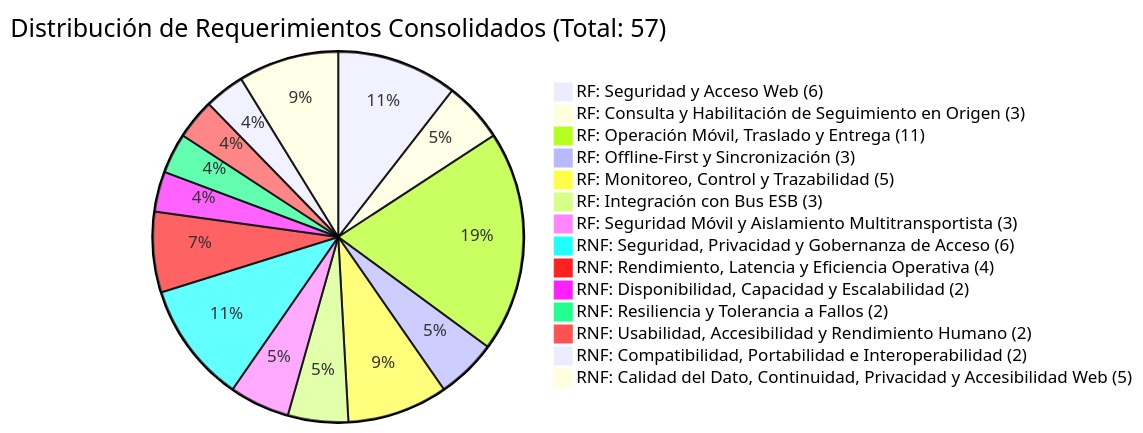
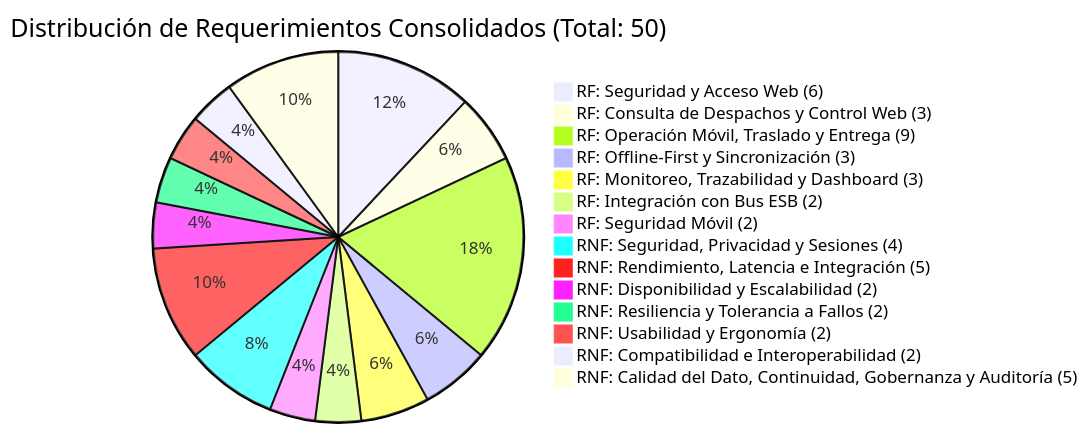
The diagram in Matriz/01_MATRIZ_DE_REQUERIMIENTOS.md (SaraviaH/arq-emp), drawn with Mermaid before and after one commit. The commit also changed other lines of this file and 49 other files, not shown here.

````diff
--- a/Matriz/01_MATRIZ_DE_REQUERIMIENTOS.md
+++ b/Matriz/01_MATRIZ_DE_REQUERIMIENTOS.md
@@ -101,17 +94,17 @@
 ```mermaid
-pie title Distribución de Requerimientos Consolidados (Total: 57)
+pie title Distribución de Requerimientos Consolidados (Total: 50)
     "RF: Seguridad y Acceso Web (6)" : 6
-    "RF: Consulta y Habilitación de Seguimiento en Origen (3)" : 3
-    "RF: Operación Móvil, Traslado y Entrega (11)" : 11
+    "RF: Consulta de Despachos y Control Web (3)" : 3
+    "RF: Operación Móvil, Traslado y Entrega (9)" : 9
     "RF: Offline-First y Sincronización (3)" : 3
-    "RF: Monitoreo, Control y Trazabilidad (5)" : 5
-    "RF: Integración con Bus ESB (3)" : 3
-    "RF: Seguridad Móvil y Aislamiento Multitransportista (3)" : 3
-    "RNF: Seguridad, Privacidad y Gobernanza de Acceso (6)" : 6
-    "RNF: Rendimiento, Latencia y Eficiencia Operativa (4)" : 4
-    "RNF: Disponibilidad, Capacidad y Escalabilidad (2)" : 2
+    "RF: Monitoreo, Trazabilidad y Dashboard (3)" : 3
+    "RF: Integración con Bus ESB (2)" : 2
+    "RF: Seguridad Móvil (2)" : 2
+    "RNF: Seguridad, Privacidad y Sesiones (4)" : 4
+    "RNF: Rendimiento, Latencia e Integración (5)" : 5
+    "RNF: Disponibilidad y Escalabilidad (2)" : 2
     "RNF: Resiliencia y Tolerancia a Fallos (2)" : 2
-    "RNF: Usabilidad, Accesibilidad y Rendimiento Humano (2)" : 2
-    "RNF: Compatibilidad, Portabilidad e Interoperabilidad (2)" : 2
-    "RNF: Calidad del Dato, Continuidad, Privacidad y Accesibilidad Web (5)" : 5
+    "RNF: Usabilidad y Ergonomía (2)" : 2
+    "RNF: Compatibilidad e Interoperabilidad (2)" : 2
+    "RNF: Calidad del Dato, Continuidad, Gobernanza y Auditoría (5)" : 5
 ```
````
